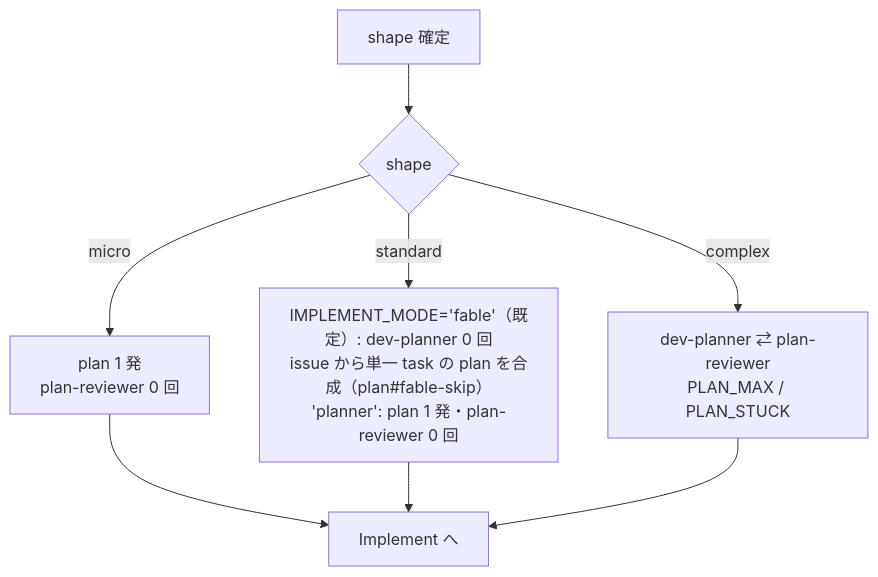
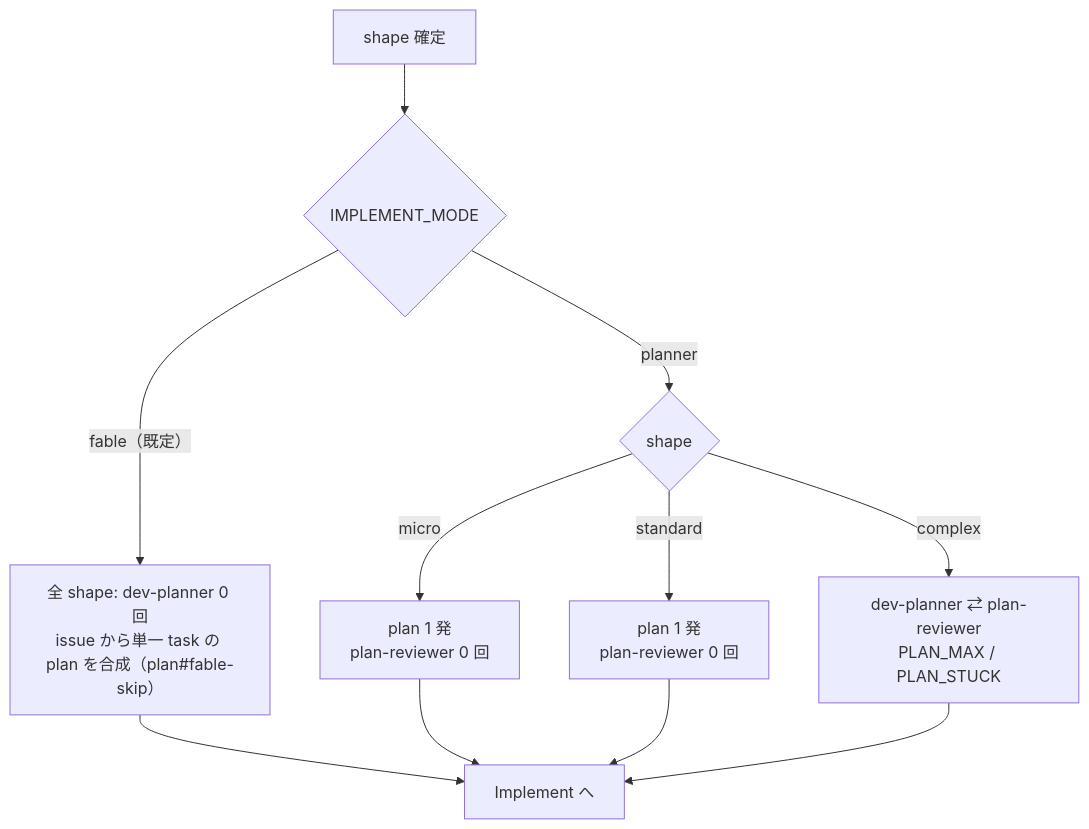
The fourth of 14 diagrams in docs/dev-flow-atlas.md (it-all-playpark/skills), drawn with Mermaid before and after one commit. The commit also changed other lines of this file and 24 other files, not shown here.

First line of the commit message:
feat(dev-flow): IMPLEMENT_MODE=fable を全 shape に広げ、complex / micro でも dev-implement-fable 一発（planner・plan-reviewer 起動なし）にする (#670) (#671)

````diff
--- a/docs/dev-flow-atlas.md
+++ b/docs/dev-flow-atlas.md
@@ -114,10 +114,13 @@
 ```mermaid
 flowchart TD
-    IN["shape 確定"] --> P0{"shape"}
+    IN["shape 確定"] --> M0{"IMPLEMENT_MODE"}
+    M0 -->|fable（既定）| PF["全 shape: dev-planner 0 回<br/>issue から単一 task の plan を合成（plan#fable-skip）"]
+    M0 -->|planner| P0{"shape"}
     P0 -->|micro| P1["plan 1 発<br/>plan-reviewer 0 回"]
-    P0 -->|standard| P2["IMPLEMENT_MODE='fable'（既定）: dev-planner 0 回<br/>issue から単一 task の plan を合成（plan#fable-skip）<br/>'planner': plan 1 発・plan-reviewer 0 回"]
+    P0 -->|standard| P2["plan 1 発<br/>plan-reviewer 0 回"]
     P0 -->|complex| P3["dev-planner ⇄ plan-reviewer<br/>PLAN_MAX / PLAN_STUCK"]
-    P1 --> OUT["Implement へ"]
+    PF --> OUT["Implement へ"]
+    P1 --> OUT
     P2 --> OUT
     P3 --> OUT
 ```
````
